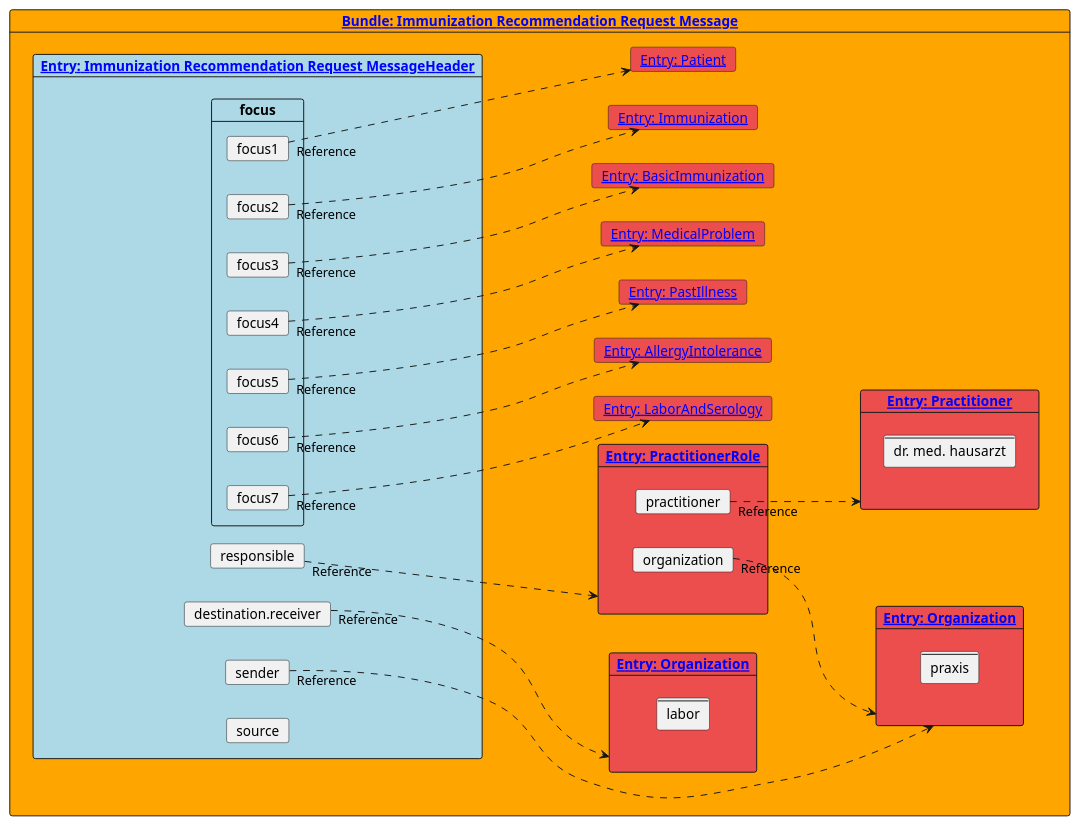
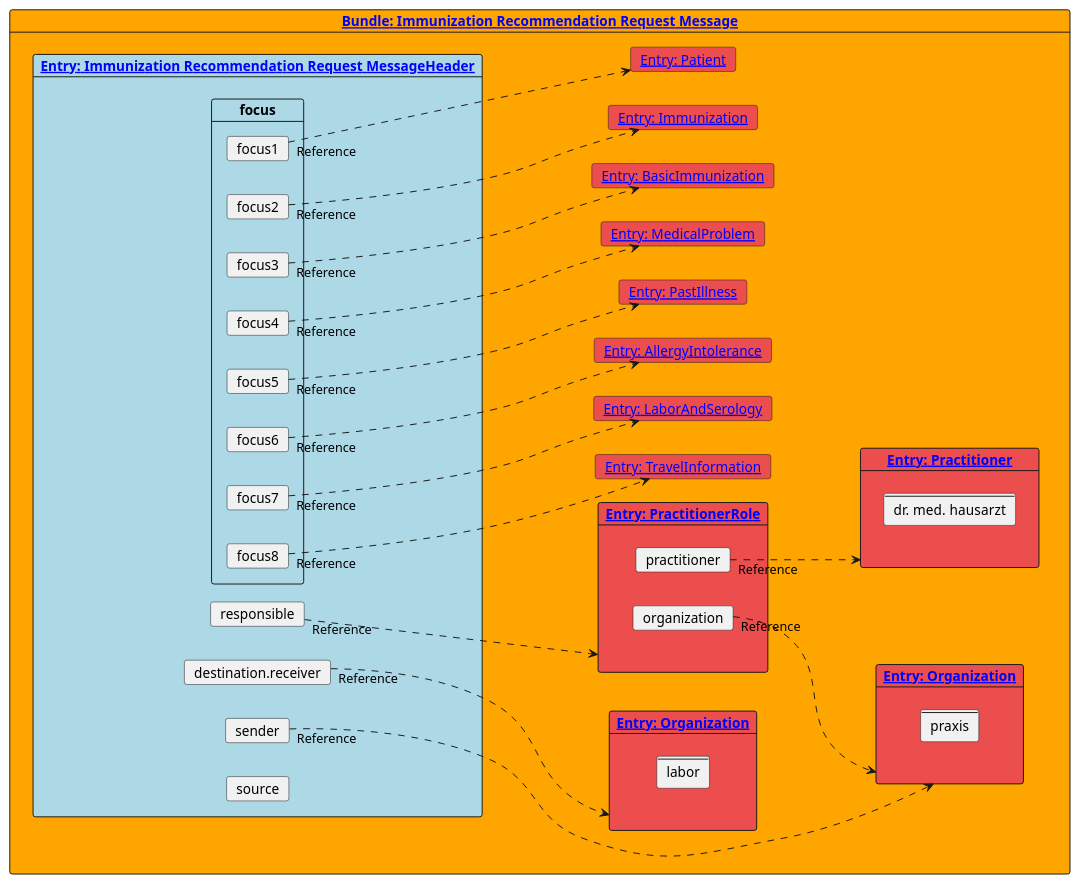
The diagram in input/images-source/immunization-recommendation-request-message-elements.plantuml (hl7ch/ch-vacd), drawn with PlantUML before and after one commit. The commit also changed 7 other files, not shown here.

Commit message:
add travel information profiles (#69)

```diff
--- a/input/images-source/immunization-recommendation-request-message-elements.plantuml
+++ b/input/images-source/immunization-recommendation-request-message-elements.plantuml
@@ -1,83 +1,89 @@
 @startuml
 left to right direction
 
 card "[[StructureDefinition-ch-vacd-recommendation-request-message.html Bundle: Immunization Recommendation Request Message]]" as document #Orange {
     
     card "[[StructureDefinition-ch-vacd-recommendation-request-messageheader.html Entry: Immunization Recommendation Request MessageHeader]]" as composition #Lightblue  {
 
         card focus {
+            card focus8
             card focus7
             card focus6
             card focus5
             card focus4
             card focus3
             card focus2
             card focus1
         }
         card sender
         card destination.receiver
         card responsible
         card source
 
     }
 
     
     card "[[http://fhir.ch/ig/ch-core/StructureDefinition/ch-core-practitionerrole-epr Entry: PractitionerRole]]" as practitionerrole #ec4d4dff {
         card practitioner as practitioner1
         card organization as organization1
     }
     card "[[http://fhir.ch/ig/ch-core/StructureDefinition/ch-core-practitioner-epr Entry: Practitioner]]" as practitioner #ec4d4dff {
         card name1 [
             ----
             dr. med. hausarzt
         ]
     }
     card "[[http://fhir.ch/ig/ch-core/StructureDefinition/ch-core-organization-epr Entry: Organization]]" as organization #ec4d4dff {
         card name2 [
             ----
             praxis
         ]
     }
     card "[[http://fhir.ch/ig/ch-core/StructureDefinition/ch-core-organization-epr Entry: Organization]]" as labor1 #ec4d4dff {
         card name3 [
             ----
             labor
         ]
     }
 
     card "[[http://fhir.ch/ig/ch-core/StructureDefinition/ch-core-patient-epr Entry: Patient]]" as patient #ec4d4dff {
     }
 
+    card "[[StructureDefinition-ch-vacd-travel-information.html Entry: TravelInformation]]" as travelinfo #ec4d4dff {
+    }
+
     card "[[StructureDefinition-ch-vacd-laboratory-serology.html Entry: LaborAndSerology]]" as laborandserology #ec4d4dff {
     }
 
 
     card "[[StructureDefinition-ch-vacd-immunization.html Entry: Immunization]]" as immunization1 #ec4d4dff {
     }
     card "[[StructureDefinition-ch-vacd-basic-immunization.html Entry: BasicImmunization]]" as basicimmunization #ec4d4dff {
     }
     card "[[StructureDefinition-ch-vacd-medical-problems.html Entry: MedicalProblem]]" as medicalproblem #ec4d4dff {
     }
     card "[[StructureDefinition-ch-vacd-pastillnesses.html Entry: PastIllness]]" as pastillness #ec4d4dff {
     }
     card "[[StructureDefinition-ch-vacd-allergyintolerances.html Entry: AllergyIntolerance]]" as allergyintolerance #ec4d4dff {
     }
+   
     
 
     sender "Reference"..> organization
     responsible "Reference"..> practitionerrole
     practitioner1 "Reference"..> practitioner
     organization1 "Reference"..> organization
 
     focus1 "Reference"..> patient
     focus2 "Reference"..> immunization1
     focus3 "Reference"..> basicimmunization
     focus4 "Reference"..> medicalproblem
     focus5 "Reference"..> pastillness
     focus6 "Reference"..> allergyintolerance
     focus7 "Reference"..> laborandserology
+    focus8 "Reference"..> travelinfo
 
     destination.receiver "Reference"..> labor1
 }
 
 @enduml
```
